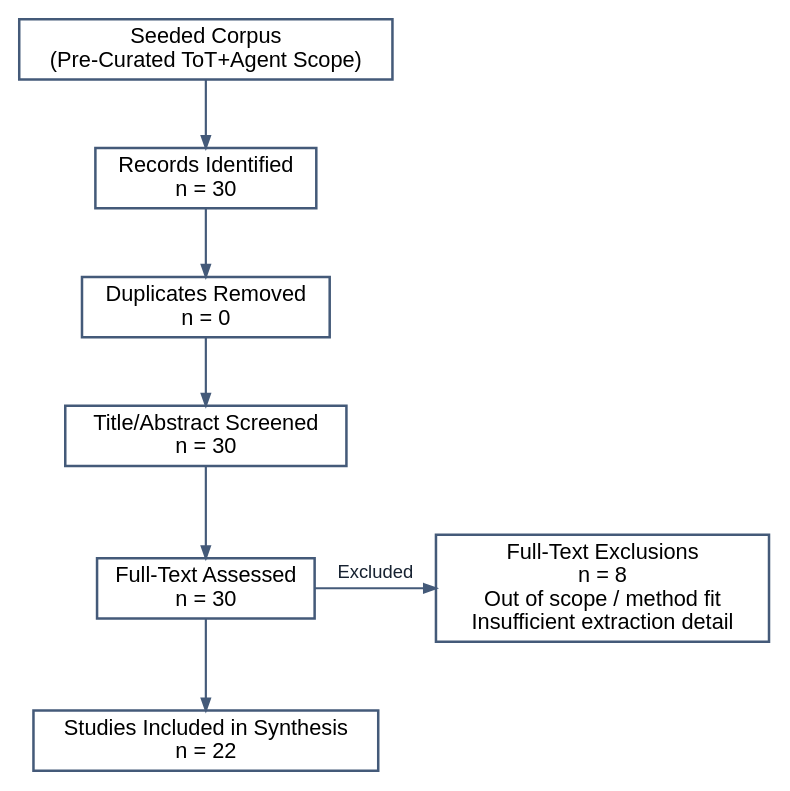
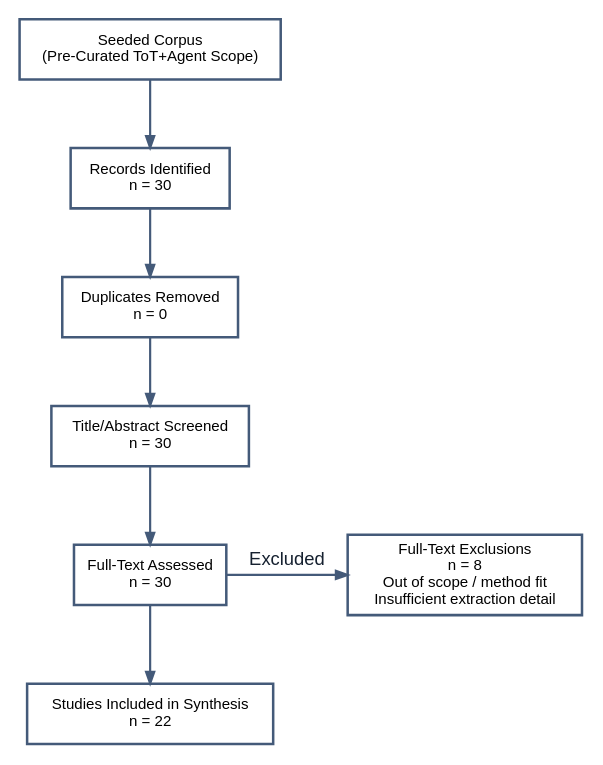
One commit to quiznat/tot-hf-survey-artifacts changed the diagram in assets/diagram_survey_method.dot. Above: the diagram before and after it, drawn with Graphviz. The commit also changed 15 other files, not shown here.

Commit message:
Reduce diagram node typography for cleaner manuscript figures

```diff
--- a/assets/diagram_survey_method.dot
+++ b/assets/diagram_survey_method.dot
@@ -1,18 +1,18 @@
 digraph G {
   graph [bgcolor="#ffffff", pad="0.06", nodesep="0.34", ranksep="0.50", splines="polyline", fontname="Helvetica", fontcolor="#162130", margin="0.02", rankdir="TB", ranksep="0.56"];
-  node [shape="box", style="filled", fillcolor="#ffffff", color="#445a79", penwidth="1.5", fontname="Helvetica", fontsize="13", margin="0.08,0.06"];
+  node [shape="box", style="filled", fillcolor="#ffffff", color="#445a79", penwidth="1.5", fontname="Helvetica", fontsize="9", margin="0.08,0.06"];
   edge [color="#445a79", penwidth="1.3", arrowsize="0.70", fontname="Helvetica", fontsize="11", fontcolor="#162130"];
 
   seed [label="Seeded Corpus\n(Pre-Curated ToT+Agent Scope)"];
   records [label="Records Identified\nn = 30"];
   dupes [label="Duplicates Removed\nn = 0"];
   screened [label="Title/Abstract Screened\nn = 30"];
   fulltext [label="Full-Text Assessed\nn = 30"];
   included [label="Studies Included in Synthesis\nn = 22"];
   excluded [label="Full-Text Exclusions\nn = 8\nOut of scope / method fit\nInsufficient extraction detail"];
 
   seed -> records -> dupes -> screened -> fulltext -> included;
   fulltext -> excluded [label="Excluded", constraint=false];
 
   { rank=same; fulltext; excluded }
 }
```
